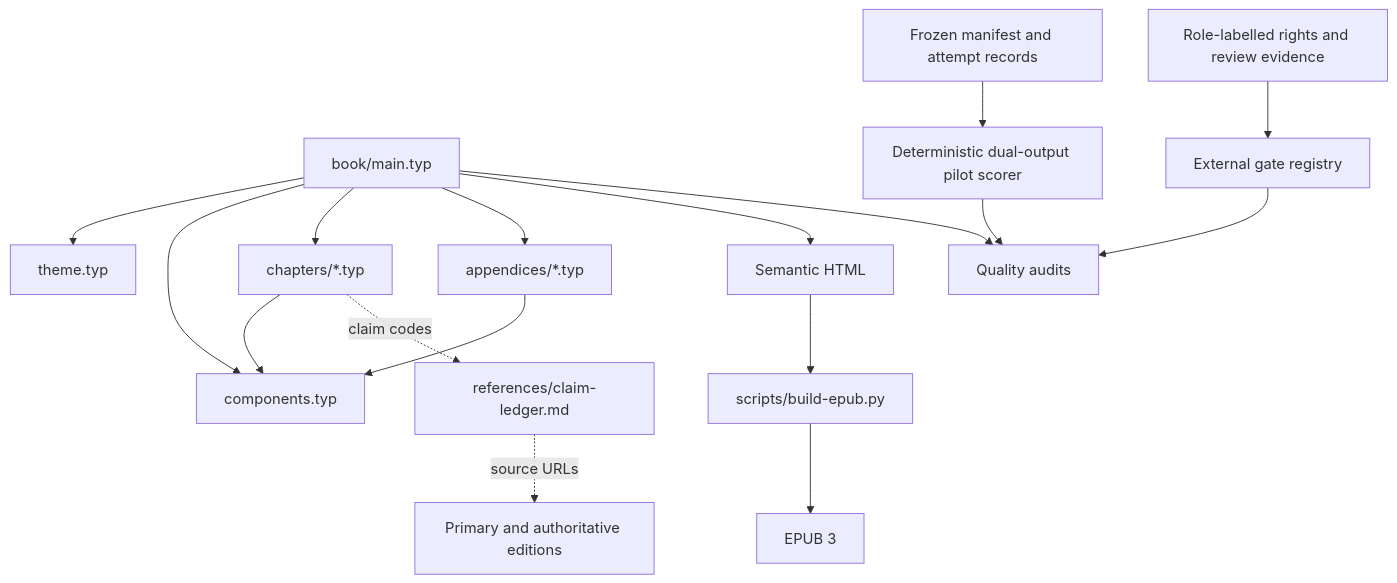
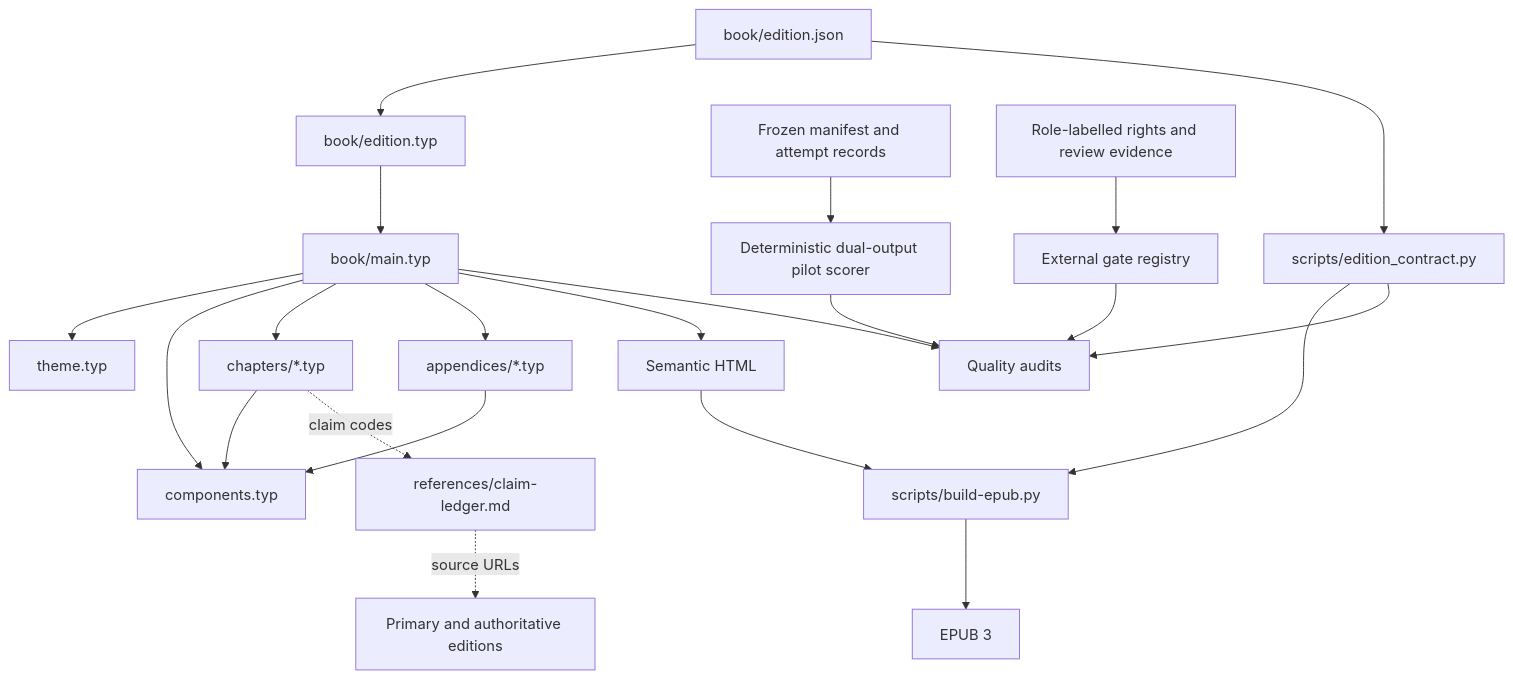
Before and after one commit to streamentry/streamentry: the second of 5 diagrams in AGENTS.md, drawn with Mermaid. The commit also changed other lines of this file and 30 other files, not shown here.

Commit message:
Centralize edition and locale publication contract

````diff
--- a/AGENTS.md
+++ b/AGENTS.md
@@ -86,19 +103,24 @@
 ```mermaid
 flowchart TB
+  D["book/edition.json"] --> Y["book/edition.typ"]
+  D --> Z["scripts/edition_contract.py"]
+  Y --> M["book/main.typ"]
   M["book/main.typ"] --> T["theme.typ"]
   M --> C["components.typ"]
   M --> H["chapters/*.typ"]
   M --> A["appendices/*.typ"]
   M --> E["Semantic HTML"]
   E --> P["scripts/build-epub.py"]
+  Z --> P
+  Z --> Q
   P --> U["EPUB 3"]
   M --> Q["Quality audits"]
   N["Frozen manifest and attempt records"] --> G["Deterministic dual-output pilot scorer"]
   G --> Q
   X["External gate registry"] --> Q
   R["Role-labelled rights and review evidence"] --> X
   H --> C
   A --> C
   H -. "claim codes" .-> L["references/claim-ledger.md"]
   L -. "source URLs" .-> S["Primary and authoritative editions"]
 ```
````
